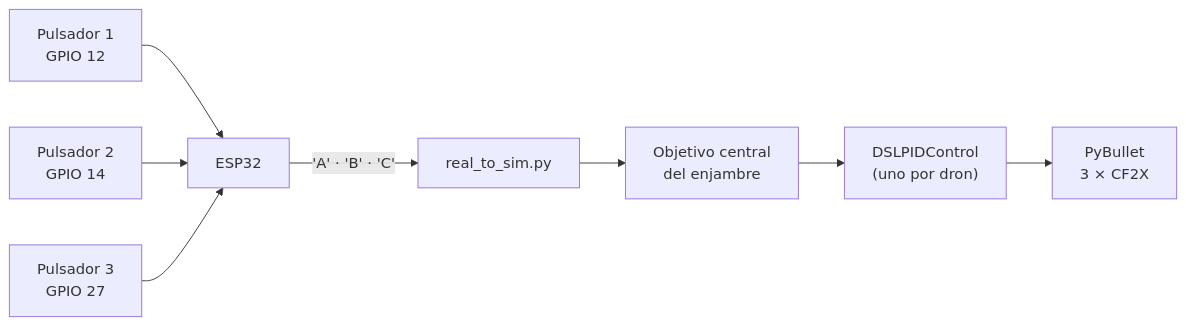
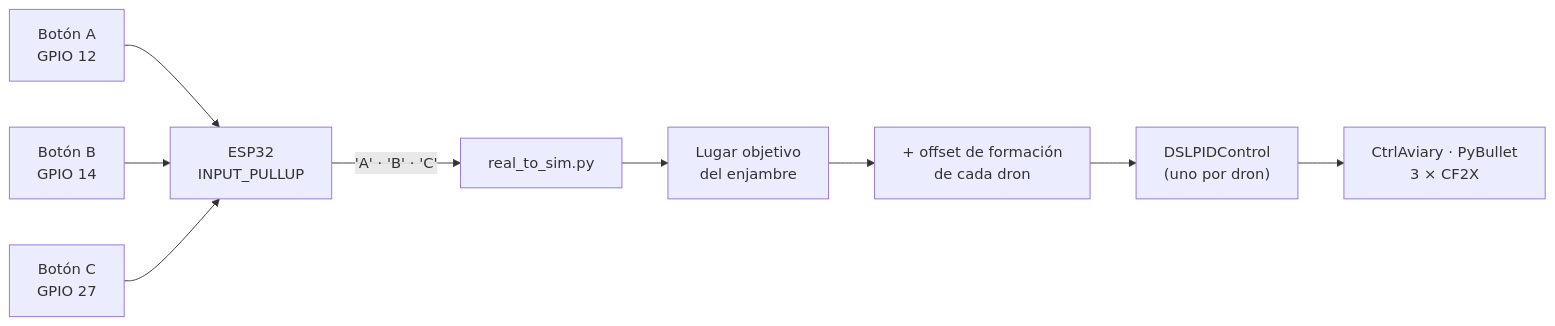
Before and after one commit to Johan-C777/Taller-Segundo-Corte: the second of 4 diagrams in README.md, drawn with Mermaid. The commit also changed other lines of this file, not shown here.

````diff
--- a/README.md
+++ b/README.md
@@ -134,10 +208,11 @@
 ```mermaid
 flowchart LR
-    P1["Pulsador 1<br/>GPIO 12"] --> E["ESP32"]
-    P2["Pulsador 2<br/>GPIO 14"] --> E
-    P3["Pulsador 3<br/>GPIO 27"] --> E
+    P1["Botón A<br/>GPIO 12"] --> E["ESP32<br/>INPUT_PULLUP"]
+    P2["Botón B<br/>GPIO 14"] --> E
+    P3["Botón C<br/>GPIO 27"] --> E
     E -->|"'A' · 'B' · 'C'"| R["real_to_sim.py"]
-    R --> T["Objetivo central<br/>del enjambre"]
-    T --> PID["DSLPIDControl<br/>(uno por dron)"]
-    PID --> S["PyBullet<br/>3 × CF2X"]
+    R --> T["Lugar objetivo<br/>del enjambre"]
+    T --> O["+ offset de formación<br/>de cada dron"]
+    O --> PID["DSLPIDControl<br/>(uno por dron)"]
+    PID --> S["CtrlAviary · PyBullet<br/>3 × CF2X"]
 ```
````
